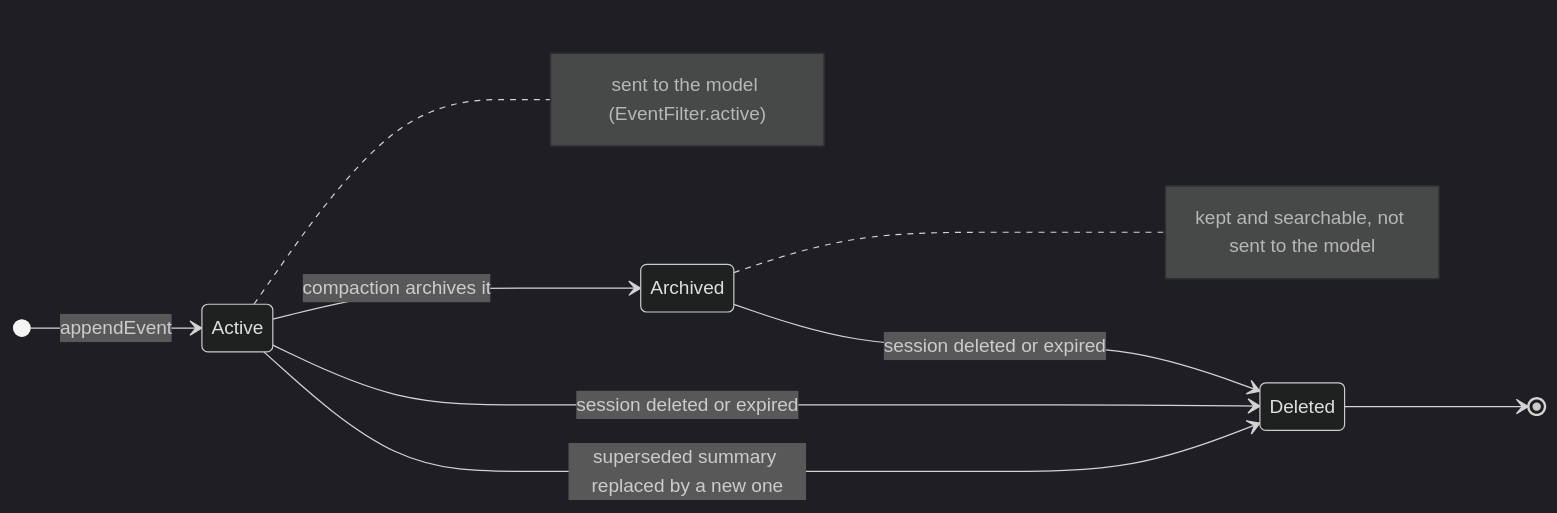
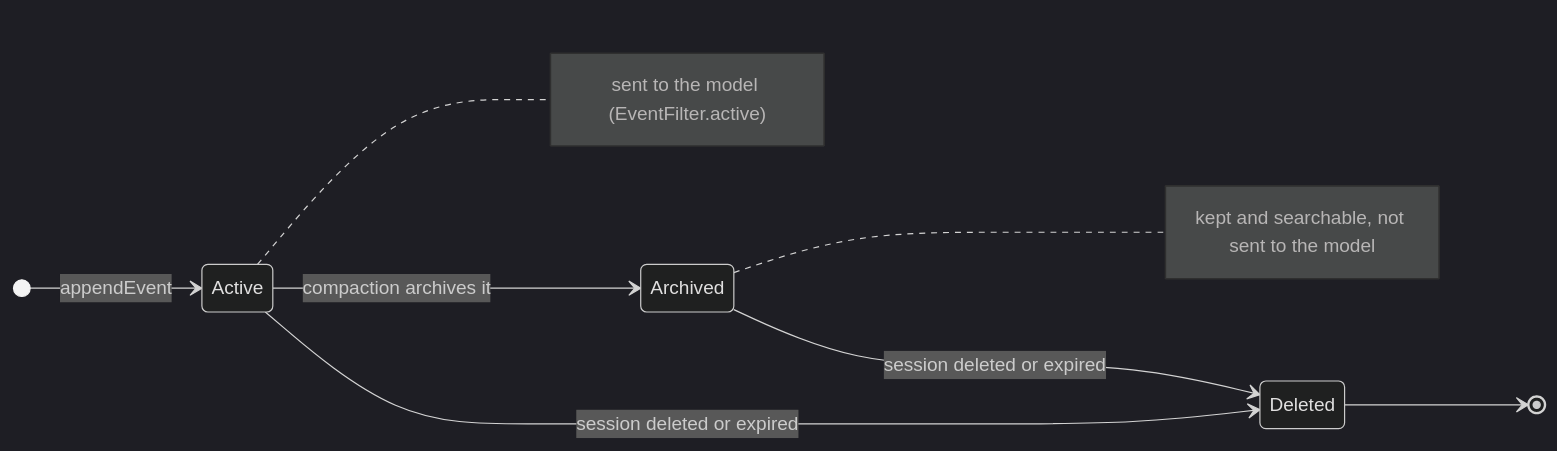
The second of 3 diagrams in docs/session-management/concepts.md (spring-ai-community/spring-ai-session), drawn with Mermaid (dark theme) before and after one commit. The commit also changed other lines of this file and 19 other files, not shown here.

````diff
--- a/docs/session-management/concepts.md
+++ b/docs/session-management/concepts.md
@@ -257,13 +257,12 @@
 ```mermaid
 stateDiagram-v2
     direction LR
     [*] --> Active : appendEvent
     Active --> Archived : compaction archives it
-    Active --> Deleted : superseded summary replaced by a new one
     Active --> Deleted : session deleted or expired
     Archived --> Deleted : session deleted or expired
     Deleted --> [*]
 
     note right of Active : sent to the model (EventFilter.active)
     note right of Archived : kept and searchable, not sent to the model
 ```
````
